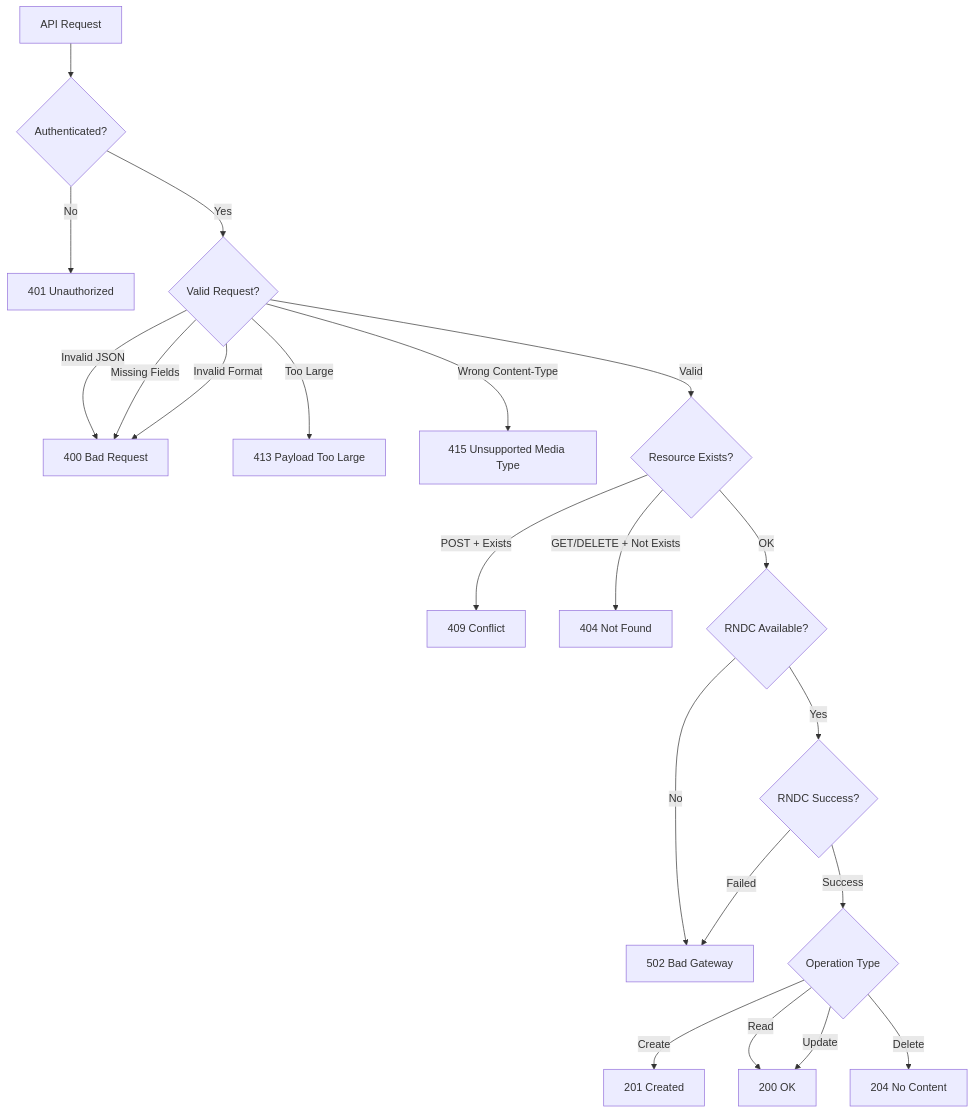
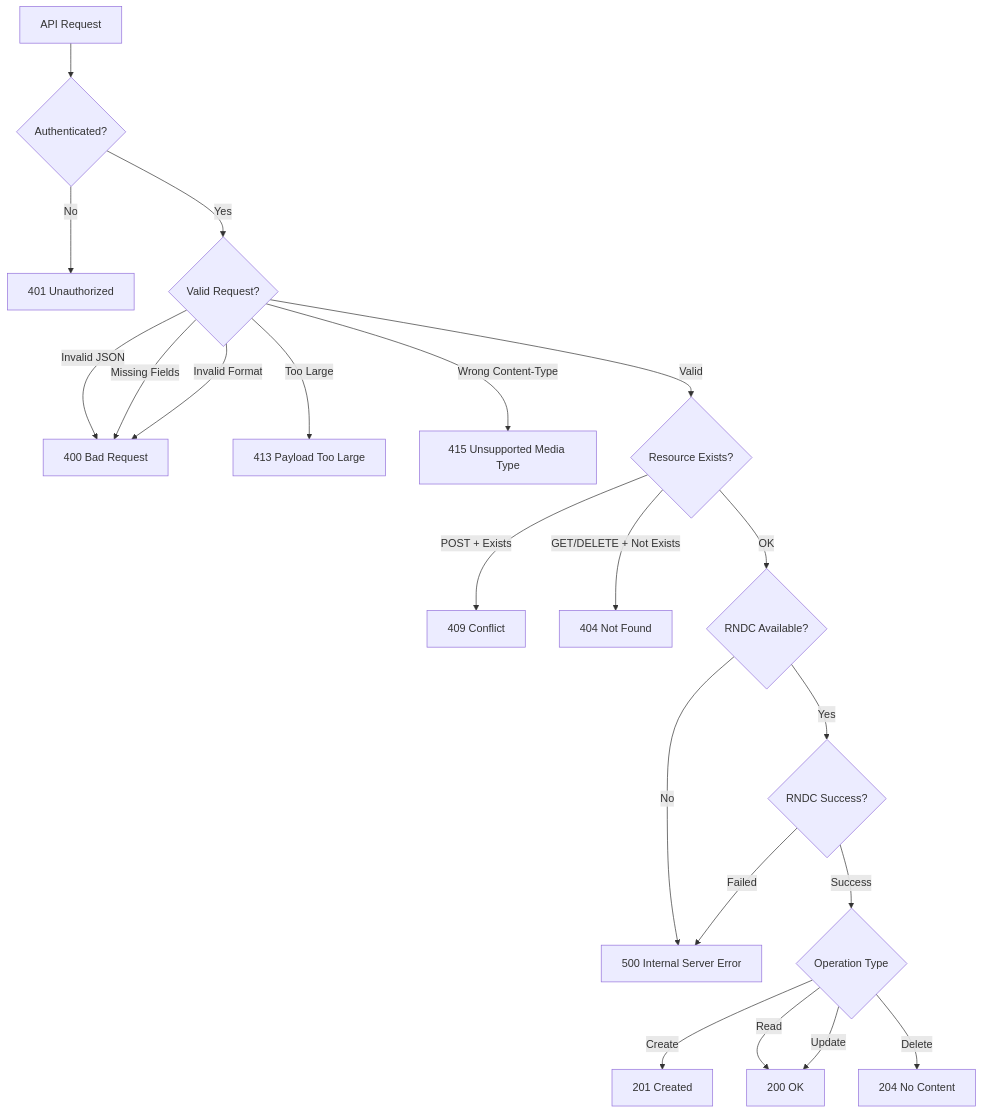
Before and after one commit to firestoned/bindcar: the diagram in docs/src/reference/api-status-codes.md, drawn with Mermaid. The commit also changed other lines of this file and 27 other files, not shown here.

````diff
--- a/docs/src/reference/api-status-codes.md
+++ b/docs/src/reference/api-status-codes.md
@@ -348,28 +348,28 @@
 ```mermaid
 graph TD
     A[API Request] --> B{Authenticated?}
     B -->|No| C[401 Unauthorized]
     B -->|Yes| D{Valid Request?}
     
     D -->|Invalid JSON| E[400 Bad Request]
     D -->|Missing Fields| E
     D -->|Invalid Format| E
     D -->|Too Large| F[413 Payload Too Large]
     D -->|Wrong Content-Type| G[415 Unsupported Media Type]
     D -->|Valid| H{Resource Exists?}
     
     H -->|POST + Exists| I[409 Conflict]
     H -->|GET/DELETE + Not Exists| J[404 Not Found]
     H -->|OK| K{RNDC Available?}
     
-    K -->|No| L[502 Bad Gateway]
+    K -->|No| L[500 Internal Server Error]
     K -->|Yes| M{RNDC Success?}
     
     M -->|Failed| L
     M -->|Success| N{Operation Type}
     
     N -->|Create| O[201 Created]
     N -->|Read| P[200 OK]
     N -->|Update| P
     N -->|Delete| Q[204 No Content]
 ```
````
